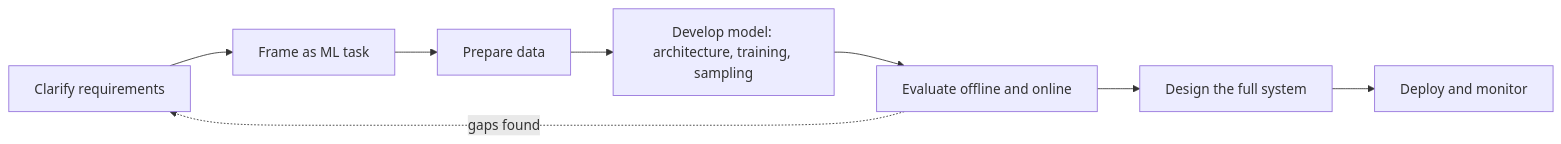
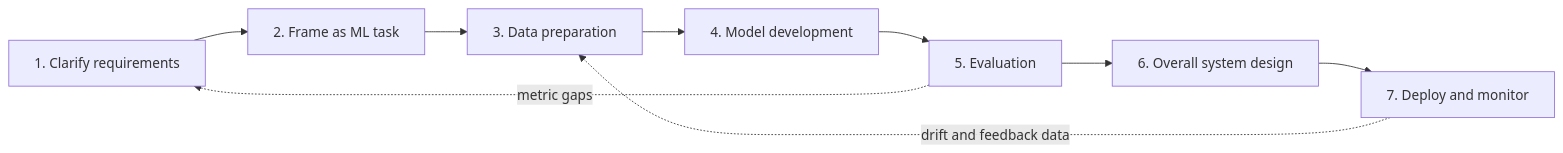
One commit to johklo/johklo.github.io changed the fifth of 5 diagrams in content/docs/tech/generative-ai-system-design-interview/01-introduction-and-overview.md. Above: the diagram before and after it, drawn with Mermaid. The commit also changed other lines of this file and 10 other files, not shown here.

First line of the commit message:
Expand GenAI system design notes into detailed chapter deep-dives

````diff
--- a/content/docs/tech/generative-ai-system-design-interview/01-introduction-and-overview.md
+++ b/content/docs/tech/generative-ai-system-design-interview/01-introduction-and-overview.md
@@ -64,12 +385,13 @@
 ```mermaid
 flowchart LR
-  accTitle: Seven-step flow for a GenAI design interview
-  accDescr: Requirements lead to ML framing, then data, model, evaluation, full system design and finally deployment and monitoring, with evaluation feeding back into requirements.
-  R[Clarify requirements] --> F[Frame as ML task]
-  F --> D[Prepare data]
-  D --> M[Develop model: architecture, training, sampling]
-  M --> E[Evaluate offline and online]
-  E --> S[Design the full system]
-  S --> O[Deploy and monitor]
-  E -. gaps found .-> R
+  accTitle: Seven-step framework for a GenAI system design interview
+  accDescr: Seven steps from requirements to deployment, with evaluation and monitoring feeding back to earlier steps.
+  R["1. Clarify requirements"] --> F["2. Frame as ML task"]
+  F --> D["3. Data preparation"]
+  D --> M["4. Model development"]
+  M --> E["5. Evaluation"]
+  E --> S["6. Overall system design"]
+  S --> O["7. Deploy and monitor"]
+  E -.->|"metric gaps"| R
+  O -.->|"drift and feedback data"| D
 ```
````
